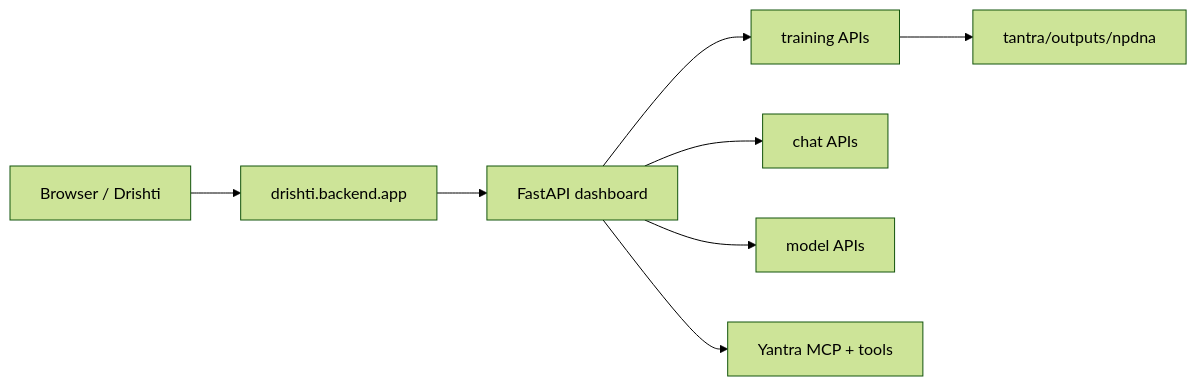
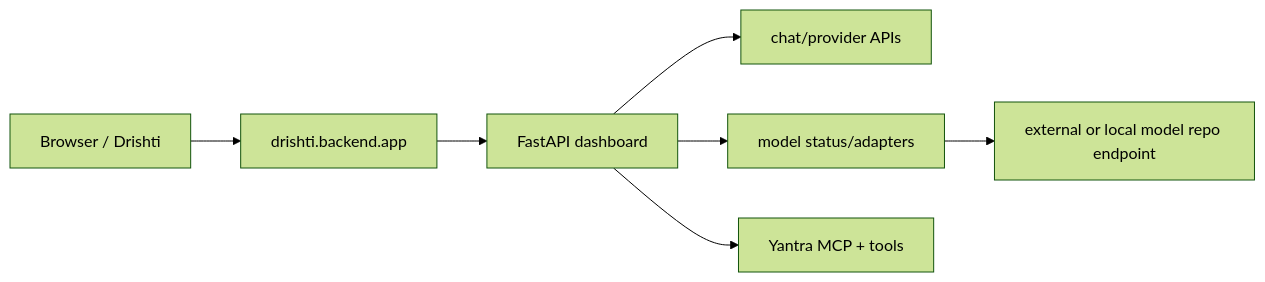
Before and after one commit to atulyaai/Atulya-Tantra: the diagram in README.md, drawn with Mermaid (forest theme). The commit also changed other lines of this file and 5 other files, not shown here.

Commit message:
Clarify model repo boundary

````diff
--- a/README.md
+++ b/README.md
@@ -389,10 +301,9 @@
 ```mermaid
 flowchart LR
     Browser["Browser / Drishti"] --> Backend["drishti.backend.app"]
     Backend --> App["FastAPI dashboard"]
-    App --> Train["training APIs"]
-    App --> Chat["chat APIs"]
-    App --> Models["model APIs"]
+    App --> Chat["chat/provider APIs"]
+    App --> Models["model status/adapters"]
     App --> Yantra["Yantra MCP + tools"]
-    Train --> Outputs["tantra/outputs/npdna"]
+    Models --> External["external or local model repo endpoint"]
 ```
````
